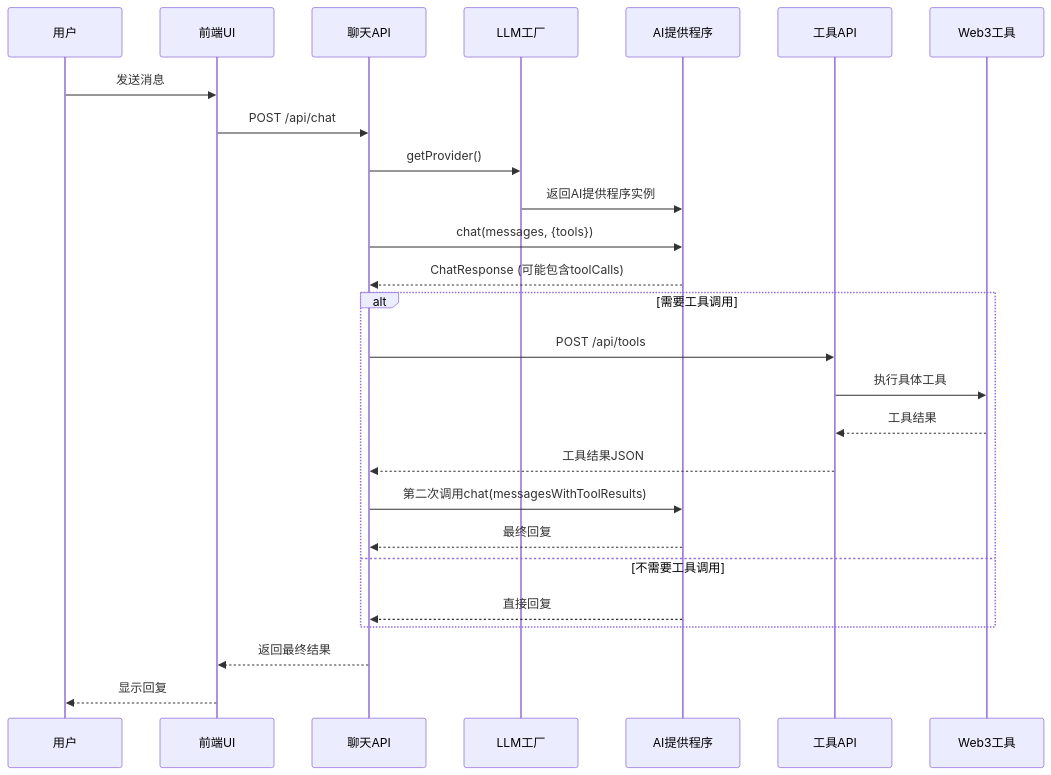
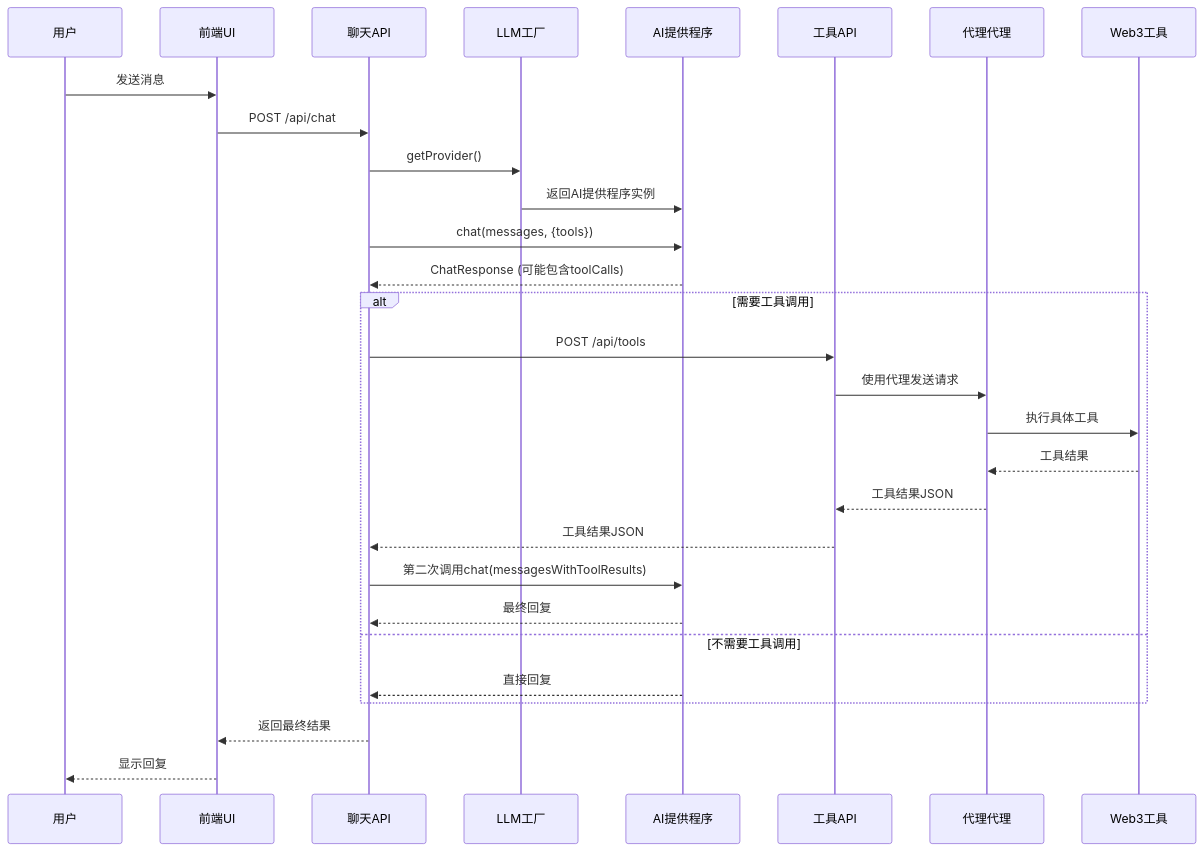
Before and after one commit to CryptoLinxu/Web3-AI-Agent: the fifth of 10 diagrams in .qoder/repowiki/zh/content/项目概述/整体架构概览/AI提供程序集成.md, drawn with Mermaid. The commit also changed other lines of this file and 6 other files, not shown here.

````diff
--- a/.qoder/repowiki/zh/content/项目概述/整体架构概览/AI提供程序集成.md
+++ b/.qoder/repowiki/zh/content/项目概述/整体架构概览/AI提供程序集成.md
@@ -252,28 +268,31 @@
 ```mermaid
 sequenceDiagram
 participant User as 用户
 participant UI as 前端UI
 participant ChatAPI as 聊天API
 participant Factory as LLM工厂
 participant Provider as AI提供程序
 participant ToolsAPI as 工具API
+participant ProxyAgent as 代理代理
 participant Web3Tools as Web3工具
 User->>UI : 发送消息
 UI->>ChatAPI : POST /api/chat
 ChatAPI->>Factory : getProvider()
 Factory->>Provider : 返回AI提供程序实例
 ChatAPI->>Provider : chat(messages, {tools})
 Provider-->>ChatAPI : ChatResponse (可能包含toolCalls)
 alt 需要工具调用
 ChatAPI->>ToolsAPI : POST /api/tools
-ToolsAPI->>Web3Tools : 执行具体工具
-Web3Tools-->>ToolsAPI : 工具结果
+ToolsAPI->>ProxyAgent : 使用代理发送请求
+ProxyAgent->>Web3Tools : 执行具体工具
+Web3Tools-->>ProxyAgent : 工具结果
+ProxyAgent-->>ToolsAPI : 工具结果JSON
 ToolsAPI-->>ChatAPI : 工具结果JSON
 ChatAPI->>Provider : 第二次调用chat(messagesWithToolResults)
 Provider-->>ChatAPI : 最终回复
 else 不需要工具调用
 Provider-->>ChatAPI : 直接回复
 end
 ChatAPI-->>UI : 返回最终结果
 UI-->>User : 显示回复
 ```
````
